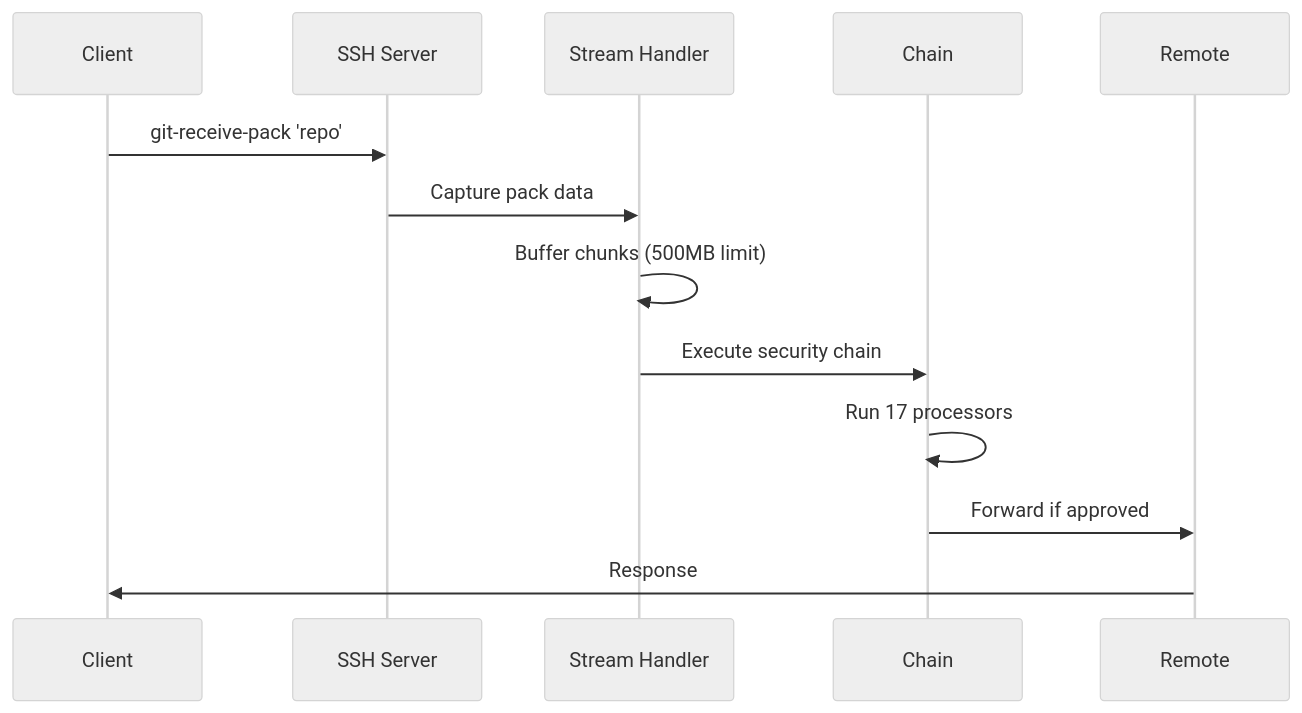
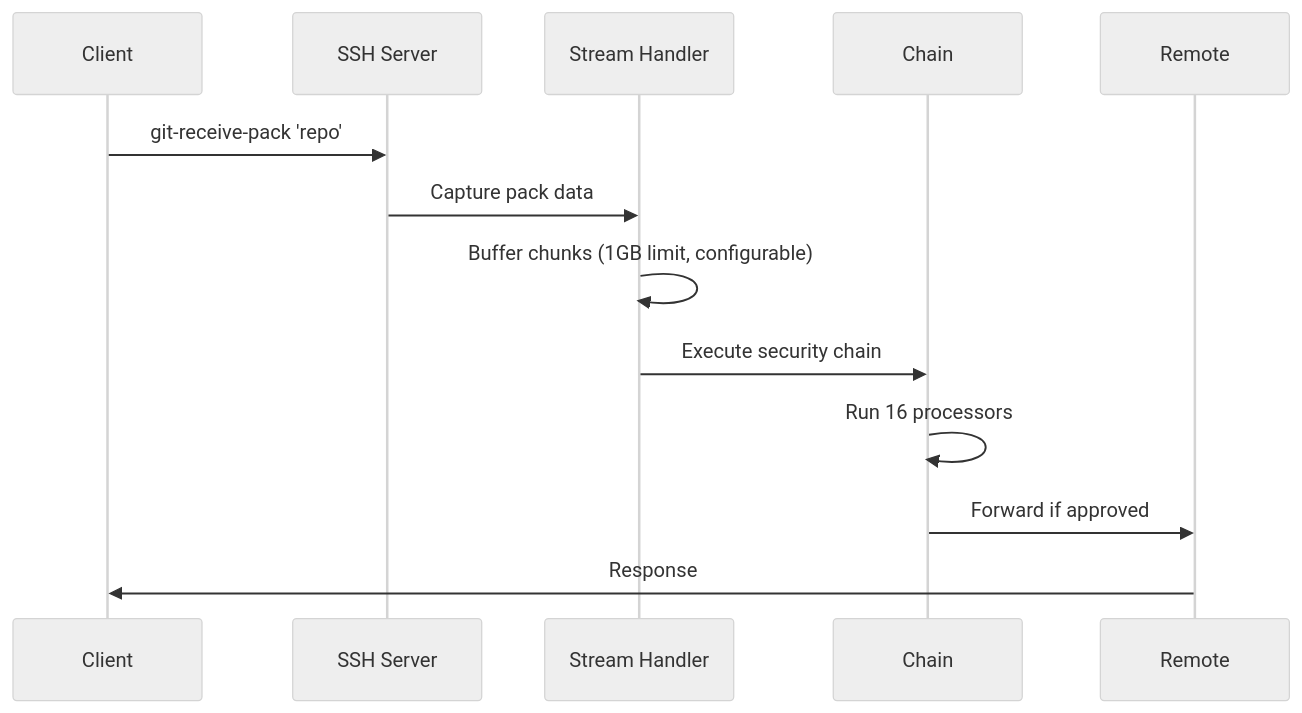
Before and after one commit to finos/git-proxy: the third of 3 diagrams in ARCHITECTURE.md, drawn with Mermaid (neutral theme). The commit also changed other lines of this file, not shown here.

Commit message:
docs: fix obsolete SSH information in ARCHITECTURE.md

````diff
--- a/ARCHITECTURE.md
+++ b/ARCHITECTURE.md
@@ -150,16 +150,16 @@
 ```mermaid
 sequenceDiagram
     participant Client
     participant SSH Server
     participant Stream Handler
     participant Chain
     participant Remote
 
     Client->>SSH Server: git-receive-pack 'repo'
     SSH Server->>Stream Handler: Capture pack data
-    Stream Handler->>Stream Handler: Buffer chunks (500MB limit)
+    Stream Handler->>Stream Handler: Buffer chunks (1GB limit, configurable)
     Stream Handler->>Chain: Execute security chain
-    Chain->>Chain: Run 17 processors
+    Chain->>Chain: Run 16 processors
     Chain->>Remote: Forward if approved
     Remote->>Client: Response
 ```
````
